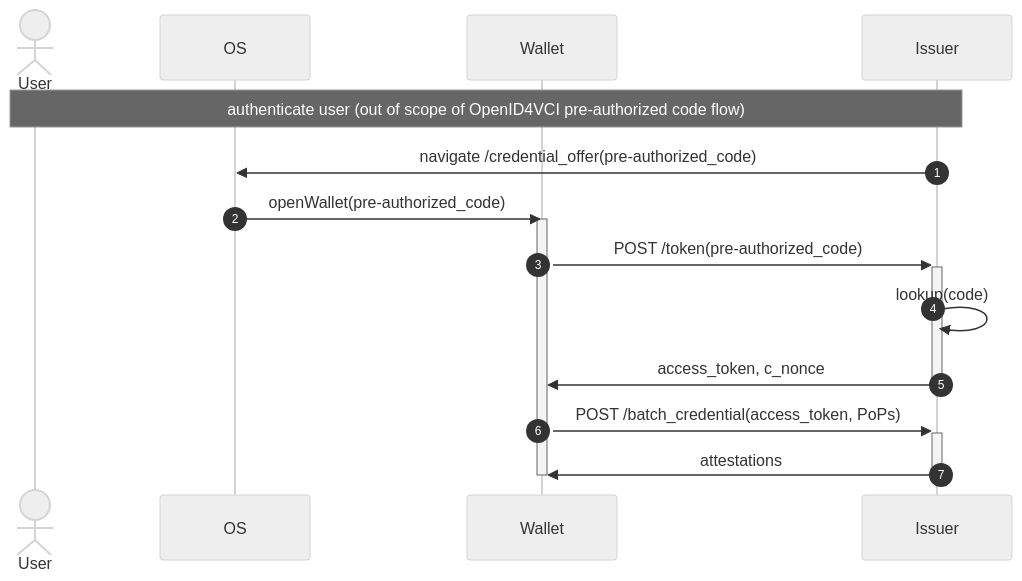
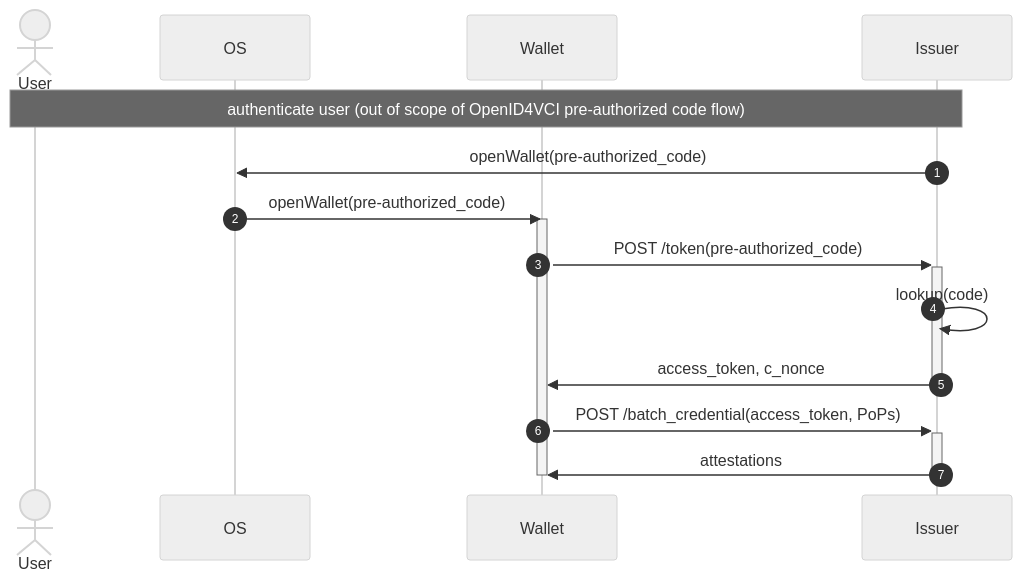
One commit to MinBZK/nl-wallet changed the diagram in wallet_core/openid4vc/documentation/openid4vc.md. Above: the diagram before and after it, drawn with Mermaid (neutral theme). The commit also changed 1 other file, not shown here.

Commit message:
Remove confusing credential_offer mention from openid(4vci) documentation

````diff
--- a/wallet_core/openid4vc/documentation/openid4vc.md
+++ b/wallet_core/openid4vc/documentation/openid4vc.md
@@ -28,20 +28,20 @@
 ```mermaid
 sequenceDiagram
     autonumber
 
     actor User
     participant OS
     participant Wallet
     participant Issuer
 
     note over User, Issuer: authenticate user (out of scope of OpenID4VCI pre-authorized code flow)
-    Issuer->>OS: navigate /credential_offer(pre-authorized_code)
+    Issuer->>OS: openWallet(pre-authorized_code)
     OS->>Wallet: openWallet(pre-authorized_code)
     activate Wallet
         Wallet->>+Issuer: POST /token(pre-authorized_code)
         Issuer->>Issuer: lookup(code)
         Issuer->>-Wallet: access_token, c_nonce
         Wallet->>+Issuer: POST /batch_credential(access_token, PoPs)
         Issuer->>-Wallet: attestations
     deactivate Wallet
 ```
````
